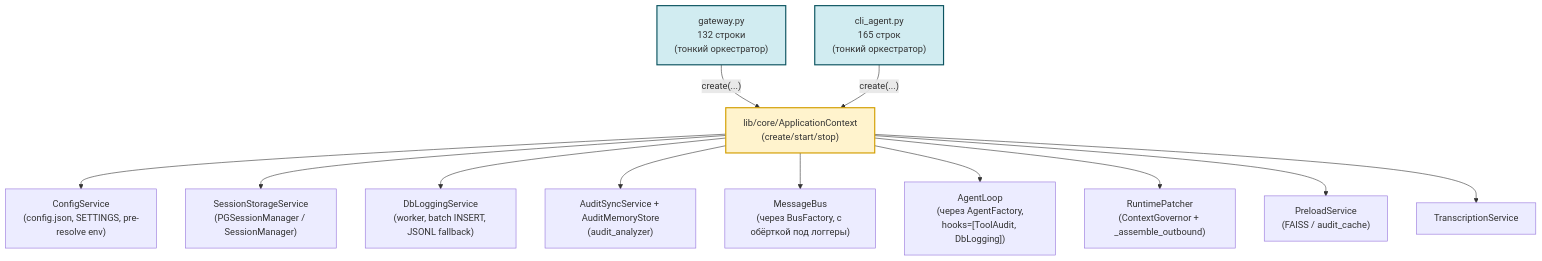
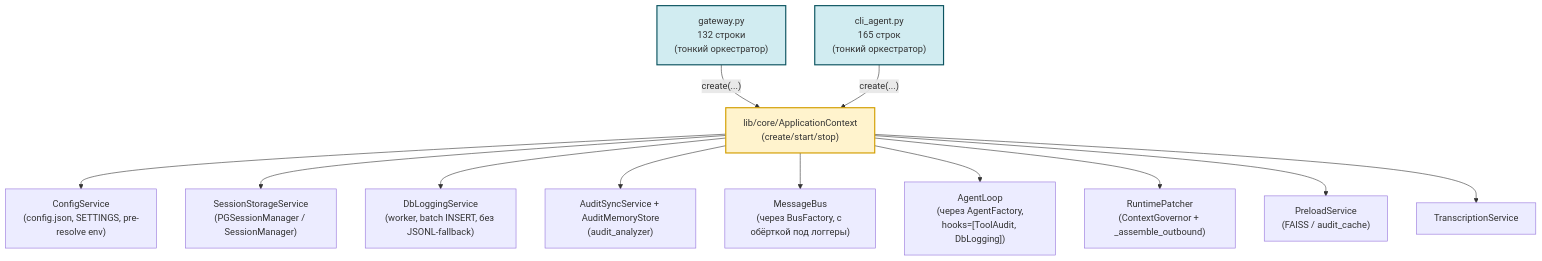
Before and after one commit to AlexEgorov85/workspaces_nanobot: the second of 2 diagrams in DEVELOPMENT.md, drawn with Mermaid. The commit also changed other lines of this file and 4 other files, not shown here.

````diff
--- a/DEVELOPMENT.md
+++ b/DEVELOPMENT.md
@@ -112,24 +112,24 @@
 ```mermaid
 flowchart TB
     GW["gateway.py<br/>132 строки<br/>(тонкий оркестратор)"]
     CLI["cli_agent.py<br/>165 строк<br/>(тонкий оркестратор)"]
     CTX["lib/core/ApplicationContext<br/>(create/start/stop)"]
 
     GW -->|"create(...)"| CTX
     CLI -->|"create(...)"| CTX
 
     CTX --> CFG_SVC["ConfigService<br/>(config.json, SETTINGS, pre-resolve env)"]
     CTX --> SESS["SessionStorageService<br/>(PGSessionManager / SessionManager)"]
-    CTX --> DB_LOG["DbLoggingService<br/>(worker, batch INSERT, JSONL fallback)"]
+    CTX --> DB_LOG["DbLoggingService<br/>(worker, batch INSERT, без JSONL-fallback)"]
     CTX --> AUDIT["AuditSyncService + AuditMemoryStore<br/>(audit_analyzer)"]
     CTX --> BUS["MessageBus<br/>(через BusFactory, с обёрткой под логгеры)"]
     CTX --> AGENT["AgentLoop<br/>(через AgentFactory,<br/>hooks=[ToolAudit, DbLogging])"]
     CTX --> PATCHER["RuntimePatcher<br/>(ContextGovernor + _assemble_outbound)"]
     CTX --> PRELOAD["PreloadService<br/>(FAISS / audit_cache)"]
     CTX --> TRANS["TranscriptionService"]
 
     classDef bootstrap fill:#fff3cd,stroke:#d39e00,stroke-width:2px
     classDef entry fill:#d1ecf1,stroke:#0c5460,stroke-width:2px
     class CTX bootstrap
     class GW,CLI entry
 ```
````
